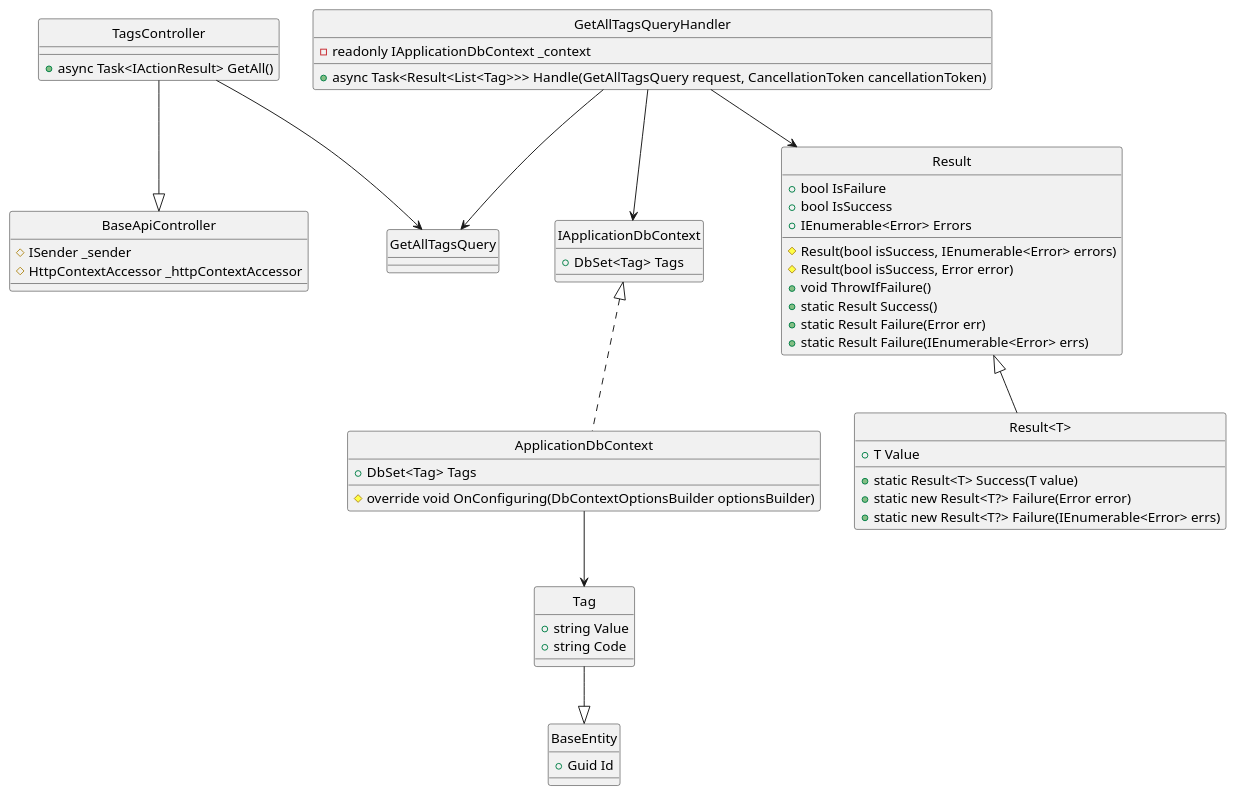
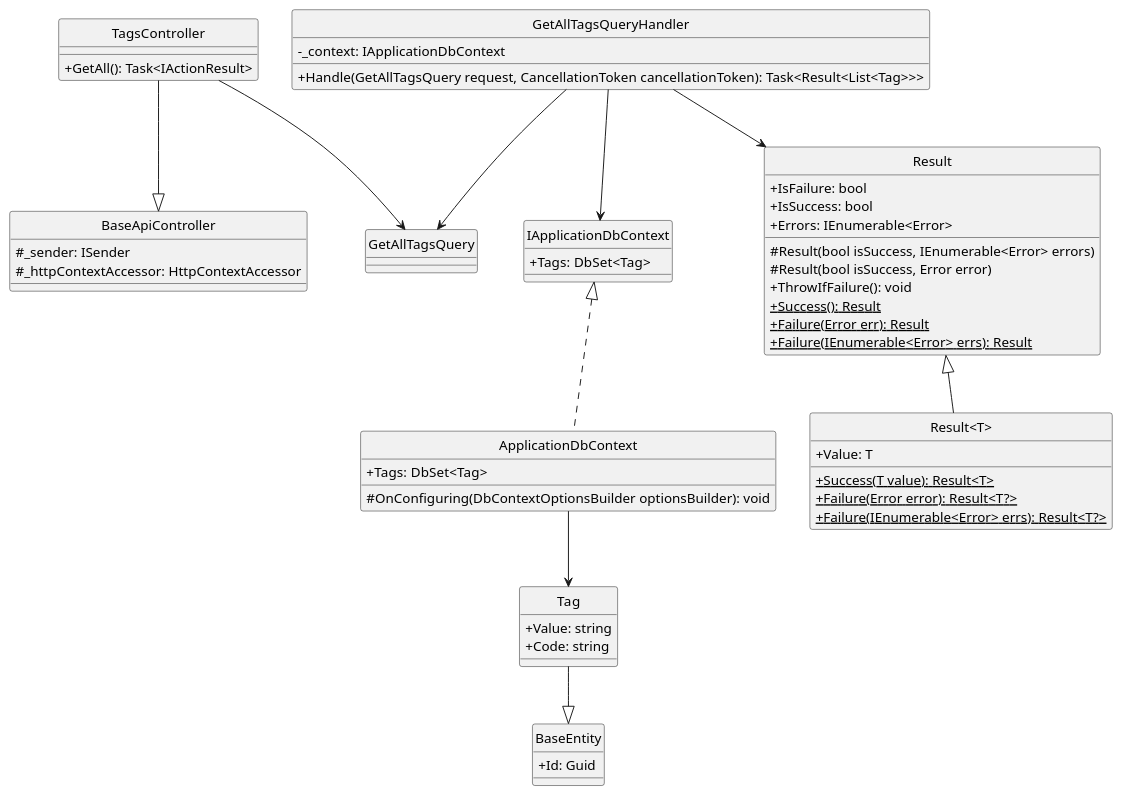
The diagram in docs/Class Diagram/Post/Tags/GetAllTag/ClassDiagram.plantuml (Carl-Johnsons/Chat-Application), drawn with PlantUML before and after one commit. The commit also changed 21 other files, not shown here.

```diff
--- a/docs/Class Diagram/Post/Tags/GetAllTag/ClassDiagram.plantuml
+++ b/docs/Class Diagram/Post/Tags/GetAllTag/ClassDiagram.plantuml
@@ -1,67 +1,73 @@
 @startuml 
 hide circle
+skinparam classAttributeIconSize 0
 
 class BaseApiController {
-    #ISender _sender
-    #HttpContextAccessor _httpContextAccessor
+    #_sender: ISender
+    #_httpContextAccessor: HttpContextAccessor
 }
 
 class TagsController {
-    +async Task<IActionResult> GetAll()
+    +GetAll(): Task<IActionResult>
 }
 
 class GetAllTagsQuery {
 }
 
 class GetAllTagsQueryHandler {
-    -readonly IApplicationDbContext _context
-    +async Task<Result<List<Tag>>> Handle(GetAllTagsQuery request, CancellationToken cancellationToken)
+    -_context: IApplicationDbContext
+    +Handle(GetAllTagsQuery request, CancellationToken cancellationToken): Task<Result<List<Tag>>>
 }
 
 class IApplicationDbContext {
-    +DbSet<Tag> Tags
+    +Tags: DbSet<Tag>
 }
 
 class ApplicationDbContext {
-    +DbSet<Tag> Tags
-    #override void OnConfiguring(DbContextOptionsBuilder optionsBuilder)
+    +Tags: DbSet<Tag>
+    #OnConfiguring(DbContextOptionsBuilder optionsBuilder): void
 }
 
 class Result {
-    +bool IsFailure
-    +bool IsSuccess
-    +IEnumerable<Error> Errors
+    +IsFailure: bool
+    +IsSuccess: bool
+    +Errors: IEnumerable<Error>
     #Result(bool isSuccess, IEnumerable<Error> errors)
     #Result(bool isSuccess, Error error)
-    +void ThrowIfFailure()
-    +static Result Success()
-    +static Result Failure(Error err)
-    +static Result Failure(IEnumerable<Error> errs)
+    +ThrowIfFailure(): void
+    +{static} Success(): Result
+    +{static} Failure(Error err): Result
+    +{static} Failure(IEnumerable<Error> errs): Result
 }
 
 class "Result<T>" {
-    +T Value
-    +static Result<T> Success(T value)
-    +static new Result<T?> Failure(Error error)
-    +static new Result<T?> Failure(IEnumerable<Error> errs)
+    +Value: T
+    +{static} Success(T value): Result<T>
+    +{static} Failure(Error error): Result<T?>
+    +{static} Failure(IEnumerable<Error> errs): Result<T?>
 }
 
 class BaseEntity {
-    +Guid Id
+    +Id: Guid 
 }
 
 class Tag {
-    +string Value
-    +string Code
+    +Value: string
+    +Code: string
 }
 
+'==== Get All Post ====
+'API Layer
 TagsController --|> BaseApiController
 TagsController --> GetAllTagsQuery
+'Application Layer
 GetAllTagsQueryHandler --> GetAllTagsQuery
 GetAllTagsQueryHandler --> Result
 GetAllTagsQueryHandler --> IApplicationDbContext
+'Domain Layer
+Result <|-- "Result<T>"
+Tag --|> BaseEntity
+'Infrastructure Layer
 IApplicationDbContext <|.. ApplicationDbContext
-Result <|-- "Result<T>"
 ApplicationDbContext --> Tag
-Tag --|> BaseEntity
 @enduml
```
